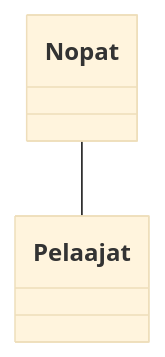
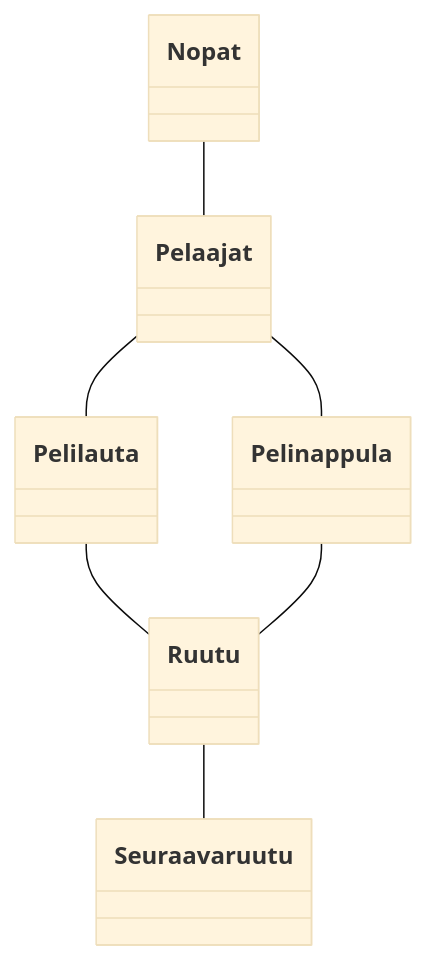
One commit to sohvip/ot-harjoitustyo changed the diagram in laskarit/viikko3/monopoli_luokkakaavio.md. Above: the diagram before and after it, drawn with Mermaid (base theme).

````diff
--- a/laskarit/viikko3/monopoli_luokkakaavio.md
+++ b/laskarit/viikko3/monopoli_luokkakaavio.md
@@ -1,4 +1,9 @@
 ```mermaid
   classDiagram
       Nopat -- Pelaajat
+      Pelaajat -- Pelilauta
+      Pelilauta -- Ruutu
+      Ruutu -- Seuraava ruutu
+      Pelaajat -- Pelinappula
+      Pelinappula -- Ruutu
 ```
````
